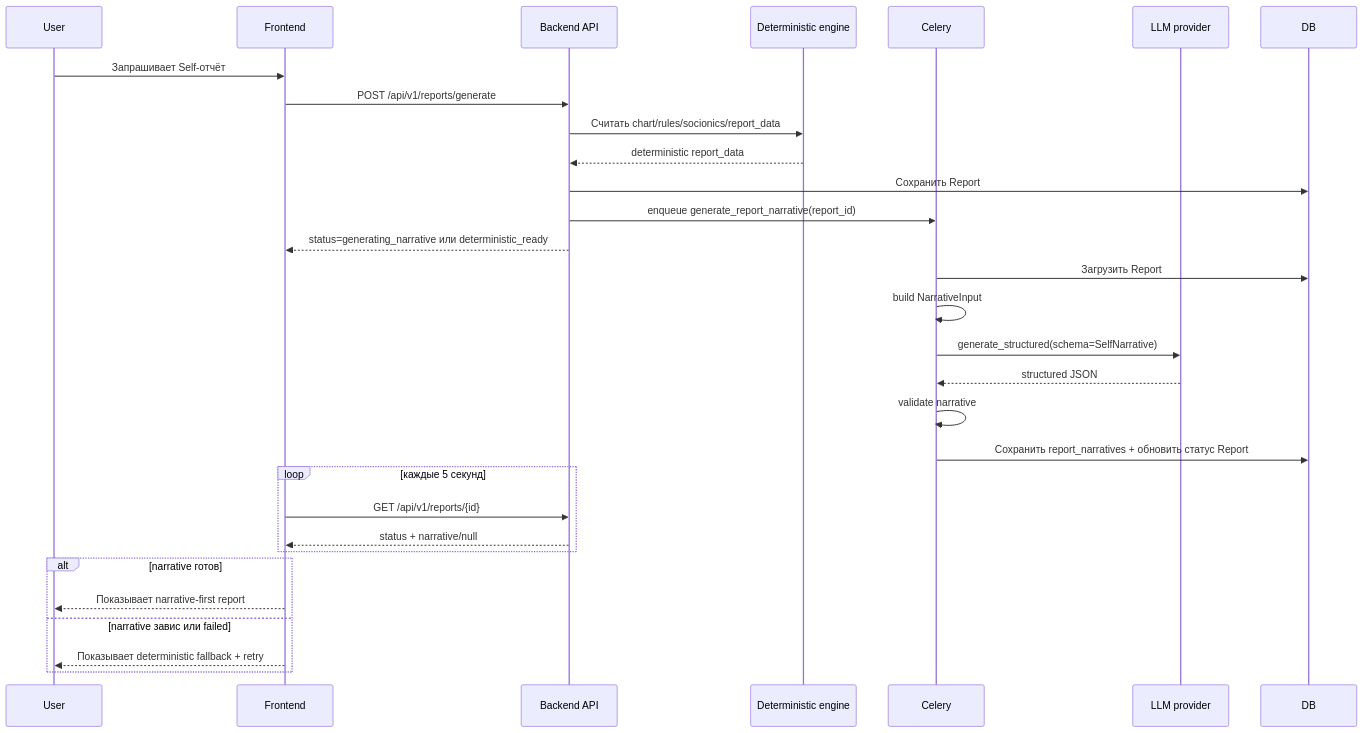
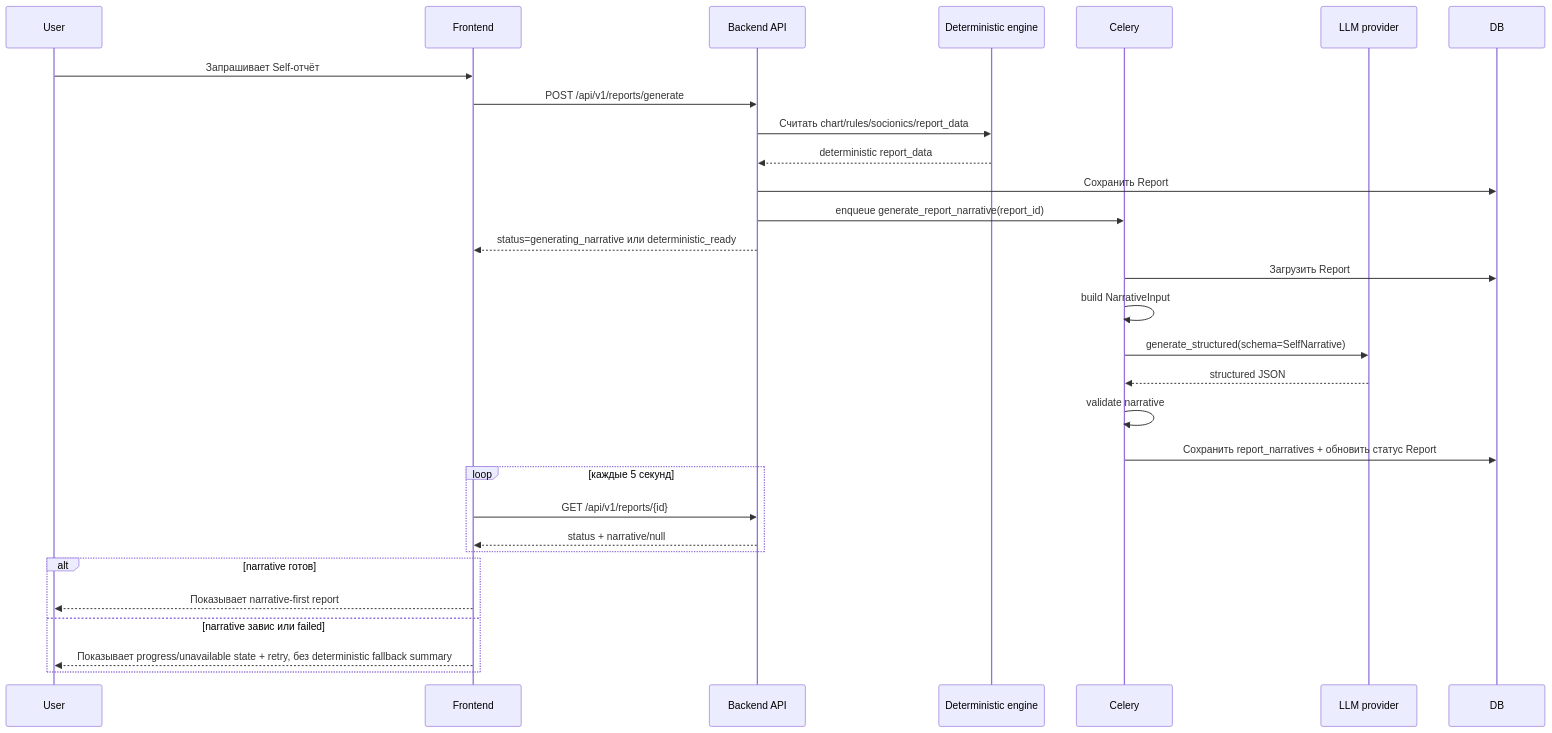
The diagram in docs/features/E11-llm-report-narrative/WORKFLOW.md (fixemer90-stack/Archemap), drawn with Mermaid before and after one commit. The commit also changed other lines of this file and 33 other files, not shown here.

````diff
--- a/docs/features/E11-llm-report-narrative/WORKFLOW.md
+++ b/docs/features/E11-llm-report-narrative/WORKFLOW.md
@@ -117,36 +119,36 @@
 ```mermaid
 sequenceDiagram
     participant U as User
     participant FE as Frontend
     participant API as Backend API
     participant DET as Deterministic engine
     participant Q as Celery
     participant LLM as LLM provider
     participant DB as DB
 
     U->>FE: Запрашивает Self-отчёт
     FE->>API: POST /api/v1/reports/generate
     API->>DET: Считать chart/rules/socionics/report_data
     DET-->>API: deterministic report_data
     API->>DB: Сохранить Report
     API->>Q: enqueue generate_report_narrative(report_id)
     API-->>FE: status=generating_narrative или deterministic_ready
 
     Q->>DB: Загрузить Report
     Q->>Q: build NarrativeInput
     Q->>LLM: generate_structured(schema=SelfNarrative)
     LLM-->>Q: structured JSON
     Q->>Q: validate narrative
     Q->>DB: Сохранить report_narratives + обновить статус Report
 
     loop каждые 5 секунд
         FE->>API: GET /api/v1/reports/{id}
         API-->>FE: status + narrative/null
     end
 
     alt narrative готов
         FE-->>U: Показывает narrative-first report
     else narrative завис или failed
-        FE-->>U: Показывает deterministic fallback + retry
+        FE-->>U: Показывает progress/unavailable state + retry, без deterministic fallback summary
     end
 ```
````
